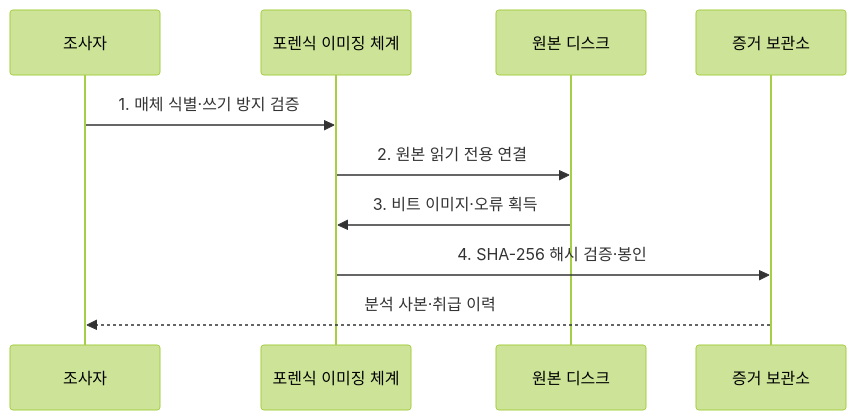
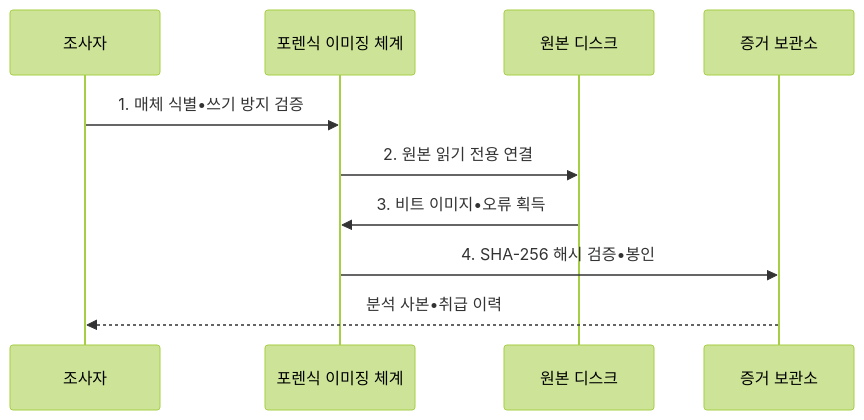
Before and after one commit to agnusdei1207/knowledge-base: the second of 2 diagrams in src/content/docs/notes/05-security/116_disk_imaging_hash_integrity.md, drawn with Mermaid (forest theme). The commit also changed other lines of this file and 953 other files, not shown here.

````diff
--- a/src/content/docs/notes/05-security/116_disk_imaging_hash_integrity.md
+++ b/src/content/docs/notes/05-security/116_disk_imaging_hash_integrity.md
@@ -99,12 +99,12 @@
 ```mermaid
 sequenceDiagram
   participant I as 조사자
   participant A as 포렌식 이미징 체계
   participant D as 원본 디스크
   participant R as 증거 보관소
-  I->>A: 1. 매체 식별·쓰기 방지 검증
+  I->>A: 1. 매체 식별•쓰기 방지 검증
   A->>D: 2. 원본 읽기 전용 연결
-  D->>A: 3. 비트 이미지·오류 획득
-  A->>R: 4. SHA-256 해시 검증·봉인
-  R-->>I: 분석 사본·취급 이력
+  D->>A: 3. 비트 이미지•오류 획득
+  A->>R: 4. SHA-256 해시 검증•봉인
+  R-->>I: 분석 사본•취급 이력
 ```
````
